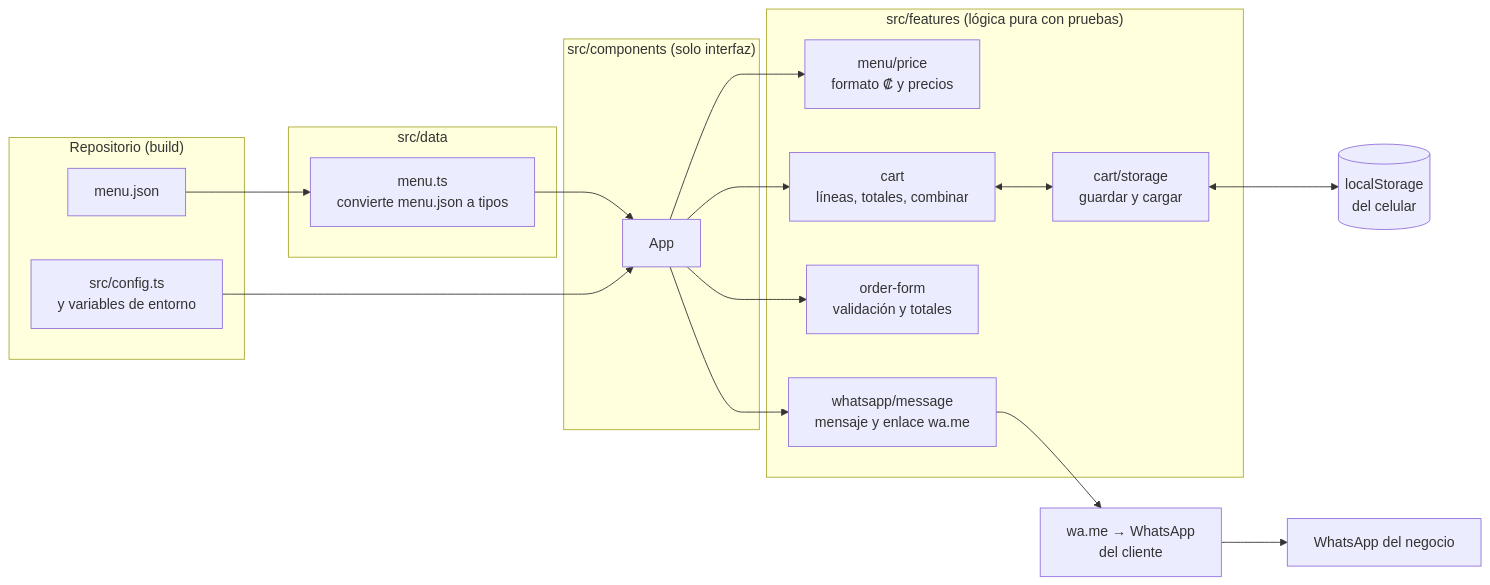
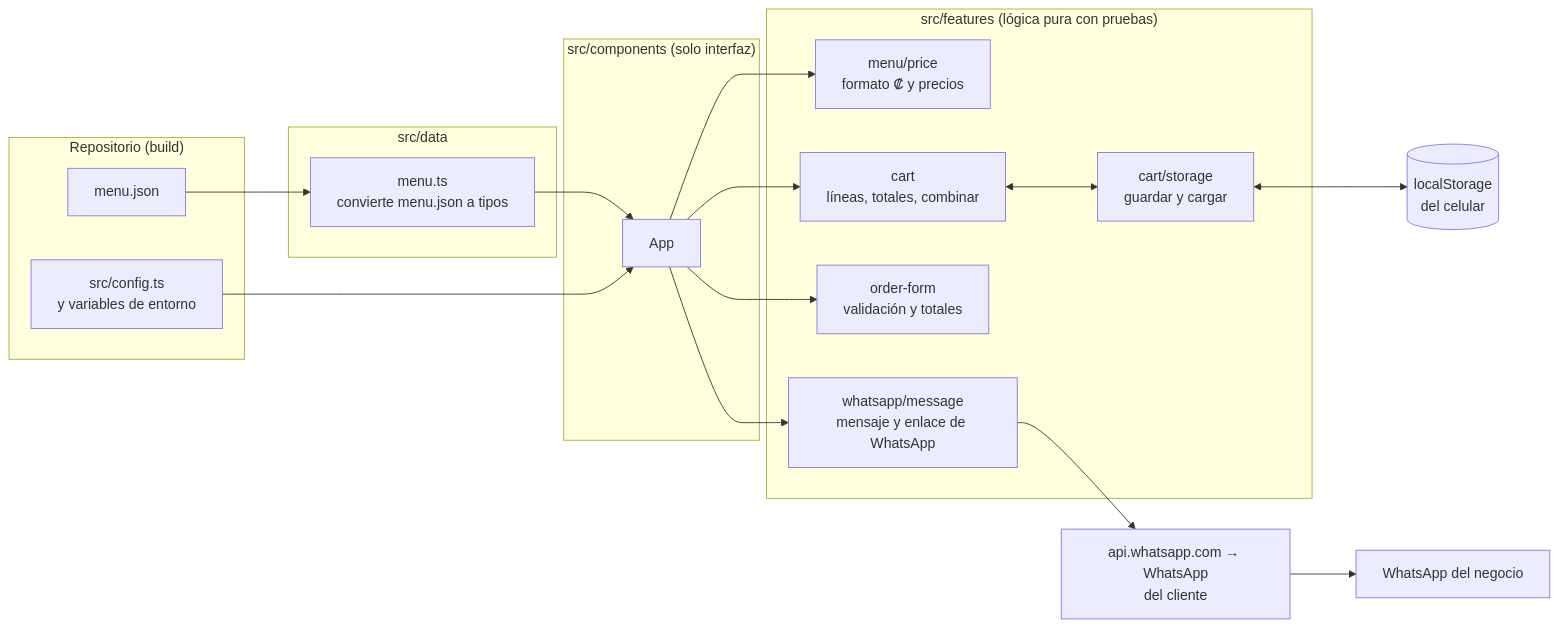
Before and after one commit to AlvaradoJos/kairos-menu: the second of 3 diagrams in docs/proyecto-final/02-prefactibilidad.md, drawn with Mermaid. The commit also changed other lines of this file and 14 other files, not shown here.

````diff
--- a/docs/proyecto-final/02-prefactibilidad.md
+++ b/docs/proyecto-final/02-prefactibilidad.md
@@ -278,35 +287,35 @@
 ```mermaid
 flowchart LR
     subgraph Repo["Repositorio (build)"]
         MJ[menu.json]
         CFG[src/config.ts<br/>y variables de entorno]
     end
 
     subgraph Datos["src/data"]
         MT[menu.ts<br/>convierte menu.json a tipos]
     end
 
     subgraph Logica["src/features (lógica pura con pruebas)"]
         PR[menu/price<br/>formato ₡ y precios]
         CA[cart<br/>líneas, totales, combinar]
         ST[cart/storage<br/>guardar y cargar]
         VA[order-form<br/>validación y totales]
-        WA[whatsapp/message<br/>mensaje y enlace wa.me]
+        WA[whatsapp/message<br/>mensaje y enlace de WhatsApp]
     end
 
     subgraph UI["src/components (solo interfaz)"]
         APP[App]
     end
 
     LS[(localStorage<br/>del celular)]
-    WME[wa.me → WhatsApp<br/>del cliente]
+    WME[api.whatsapp.com → WhatsApp<br/>del cliente]
     NEG[WhatsApp del negocio]
 
     MJ --> MT --> APP
     CFG --> APP
     APP --> PR
     APP --> CA
     CA <--> ST <--> LS
     APP --> VA
     APP --> WA --> WME --> NEG
 ```
````
